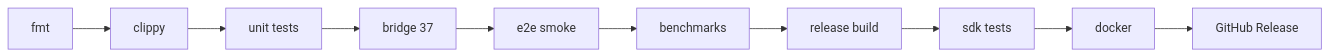
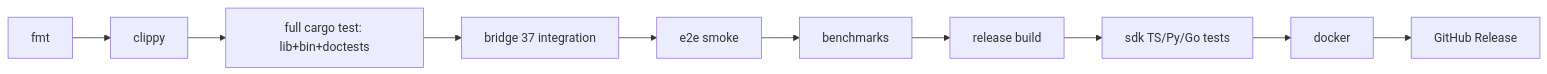
One commit to zerove/opencodepro changed the diagram in DASHBOARD.md. Above: the diagram before and after it, drawn with Mermaid. The commit also changed other lines of this file and 1 other file, not shown here.

````diff
--- a/DASHBOARD.md
+++ b/DASHBOARD.md
@@ -25,12 +28,12 @@
 ```mermaid
 graph LR
     FMT[fmt] --> LINT[clippy]
-    LINT --> TEST[unit tests]
-    TEST --> BRIDGE[bridge 37]
+    LINT --> TEST[full cargo test: lib+bin+doctests]
+    TEST --> BRIDGE[bridge 37 integration]
     BRIDGE --> E2E[e2e smoke]
     E2E --> BENCH[benchmarks]
     BENCH --> BUILD[release build]
-    BUILD --> SDK[sdk tests]
+    BUILD --> SDK[sdk TS/Py/Go tests]
     SDK --> DOCKER[docker]
     DOCKER --> RELEASE[GitHub Release]
 ```
````
